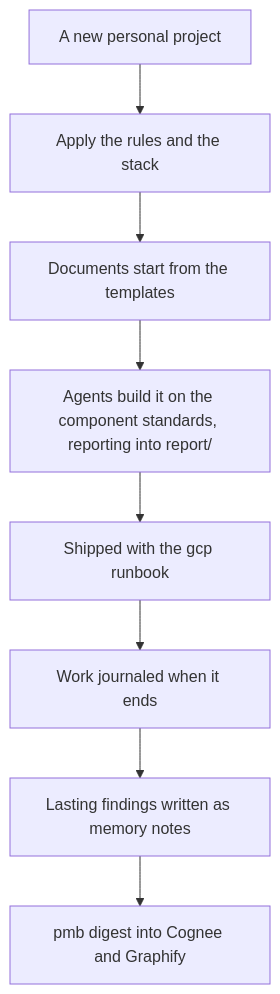
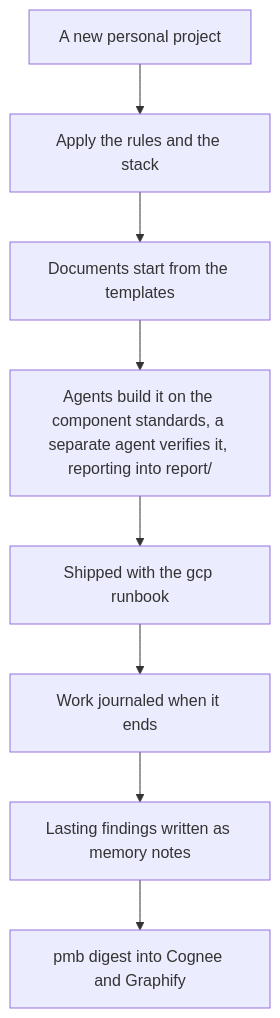
Before and after one commit to rahfianugerah/docs: the diagram in README.md, drawn with Mermaid. The commit also changed other lines of this file and 10 other files, not shown here.

````diff
--- a/README.md
+++ b/README.md
@@ -30,10 +31,10 @@
 ```mermaid
 flowchart TD
   S["A new personal project"] --> R["Apply the rules and the stack"]
   R --> T["Documents start from the templates"]
-  T --> B["Agents build it on the component standards, reporting into report/"]
+  T --> B["Agents build it on the component standards, a separate agent verifies it, reporting into report/"]
   B --> D["Shipped with the gcp runbook"]
   D --> J["Work journaled when it ends"]
   J --> M["Lasting findings written as memory notes"]
   M --> X["pmb digest into Cognee and Graphify"]
 ```
````
